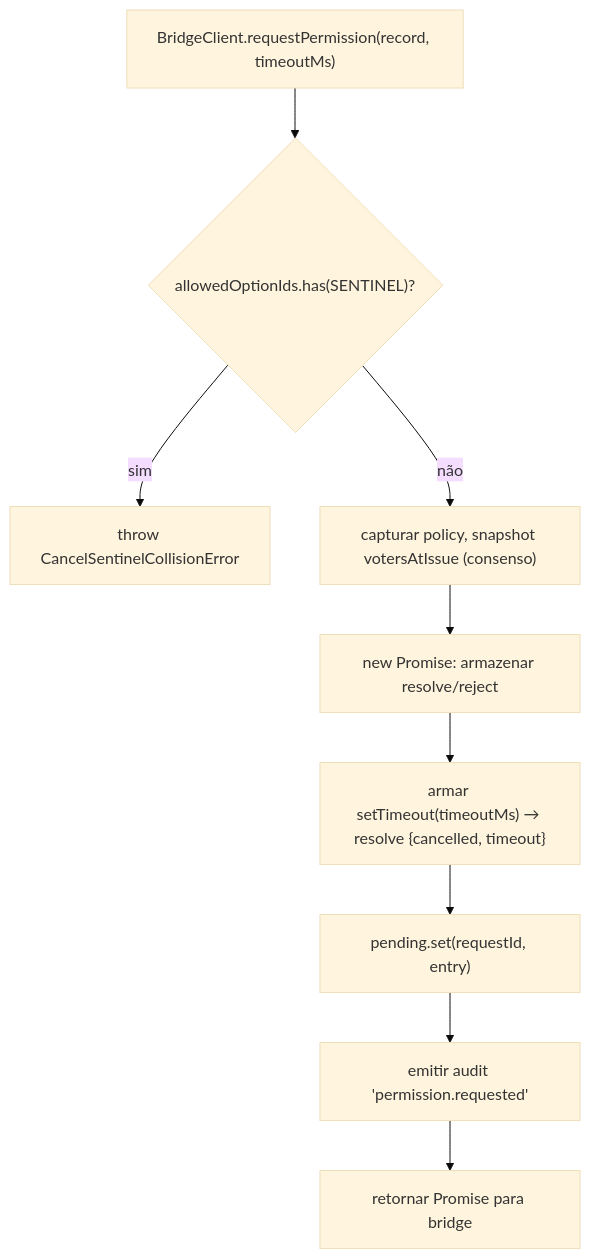
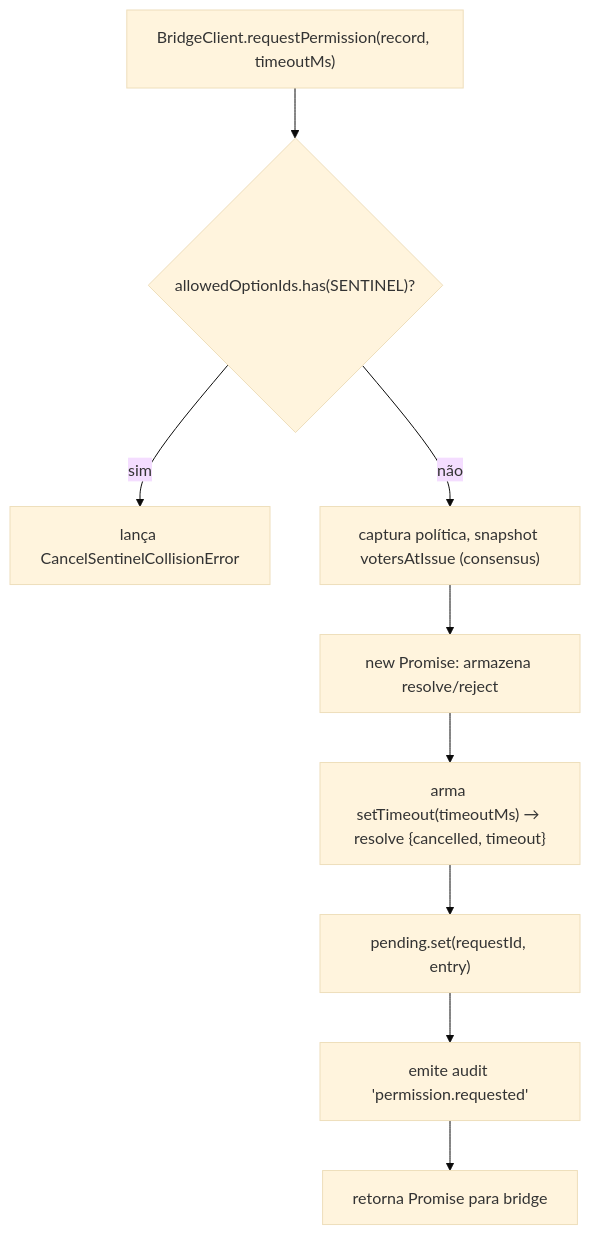
The first of 2 diagrams in website/content/pt-BR/developers/daemon/04-permission-mediation.md (QwenLM/qwen-code-docs), drawn with Mermaid (base theme) before and after one commit. The commit also changed other lines of this file and 1077 other files, not shown here.

````diff
--- a/website/content/pt-BR/developers/daemon/04-permission-mediation.md
+++ b/website/content/pt-BR/developers/daemon/04-permission-mediation.md
@@ -104,11 +105,11 @@
 ```mermaid
 flowchart TD
     A["BridgeClient.requestPermission(record, timeoutMs)"] --> B{"allowedOptionIds.has(SENTINEL)?"}
-    B -->|sim| C["throw CancelSentinelCollisionError"]
-    B -->|não| D["capturar policy, snapshot votersAtIssue (consenso)"]
-    D --> E["new Promise: armazenar resolve/reject"]
-    E --> F["armar setTimeout(timeoutMs) → resolve {cancelled, timeout}"]
+    B -->|sim| C["lança CancelSentinelCollisionError"]
+    B -->|não| D["captura política, snapshot votersAtIssue (consensus)"]
+    D --> E["new Promise: armazena resolve/reject"]
+    E --> F["arma setTimeout(timeoutMs) → resolve {cancelled, timeout}"]
     F --> G["pending.set(requestId, entry)"]
-    G --> H["emitir audit 'permission.requested'"]
-    H --> I["retornar Promise para bridge"]
+    G --> H["emite audit 'permission.requested'"]
+    H --> I["retorna Promise para bridge"]
 ```
````
